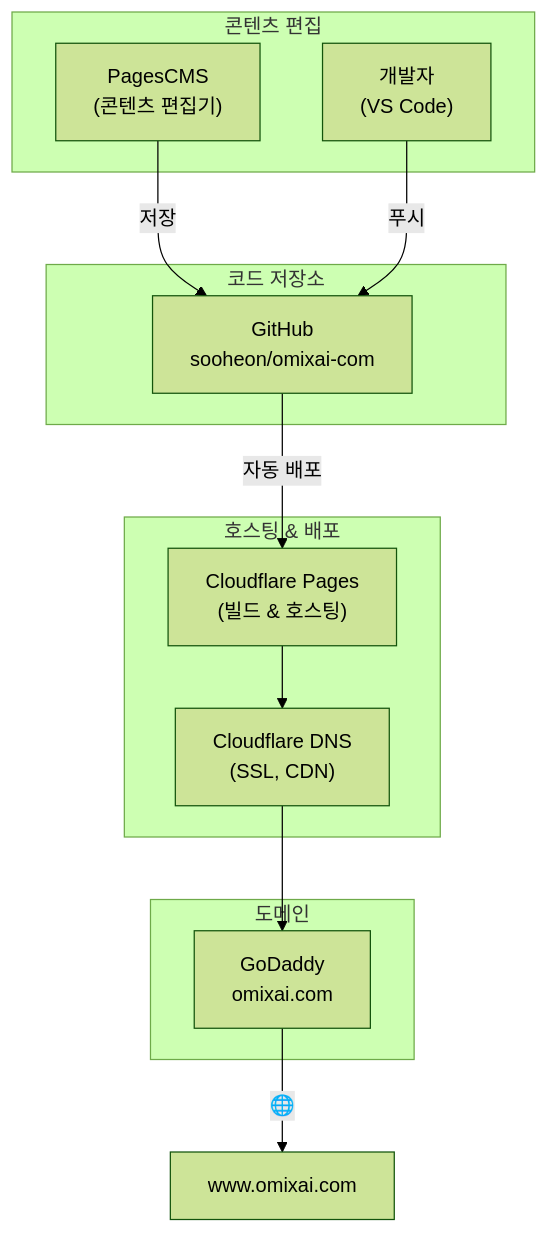
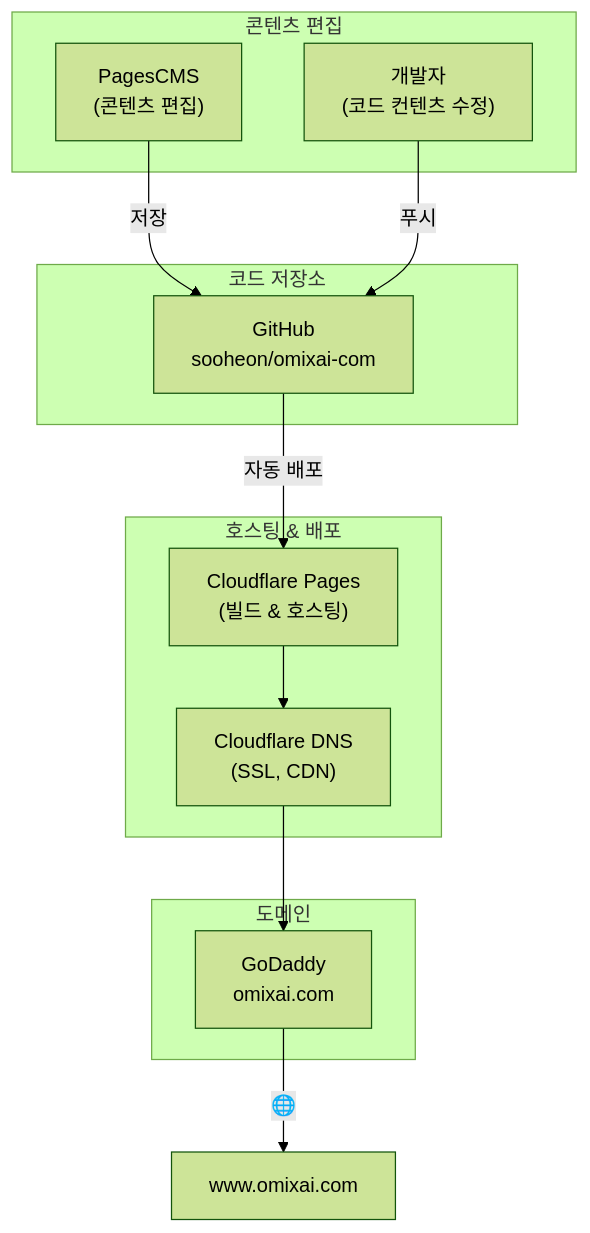
One commit to sooheon/omixai-com changed the diagram in docs/MAINTENANCE.md. Above: the diagram before and after it, drawn with Mermaid (forest theme). The commit also changed other lines of this file, not shown here.

````diff
--- a/docs/MAINTENANCE.md
+++ b/docs/MAINTENANCE.md
@@ -20,27 +28,27 @@
 ```mermaid
 flowchart TB
     subgraph 콘텐츠["콘텐츠 편집"]
-        PagesCMS["PagesCMS<br/>(콘텐츠 편집기)"]
-        Dev["개발자<br/>(VS Code)"]
+        PagesCMS["PagesCMS<br/>(콘텐츠 편집)"]
+        Dev["개발자<br/>(코드 컨텐츠 수정)"]
     end
 
     subgraph 저장소["코드 저장소"]
         GitHub["GitHub<br/>sooheon/omixai-com"]
     end
 
     subgraph 호스팅["호스팅 & 배포"]
         CF_Pages["Cloudflare Pages<br/>(빌드 & 호스팅)"]
         CF_DNS["Cloudflare DNS<br/>(SSL, CDN)"]
     end
 
     subgraph 도메인["도메인"]
         GoDaddy["GoDaddy<br/>omixai.com"]
     end
 
     PagesCMS -->|저장| GitHub
     Dev -->|푸시| GitHub
     GitHub -->|자동 배포| CF_Pages
     CF_Pages --> CF_DNS
     CF_DNS --> GoDaddy
     GoDaddy -->|"🌐"| Site["www.omixai.com"]
 ```
````
